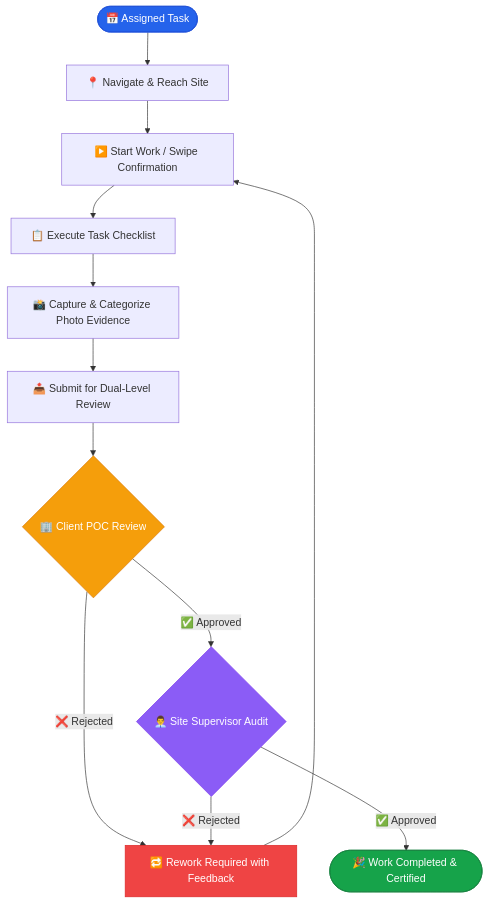
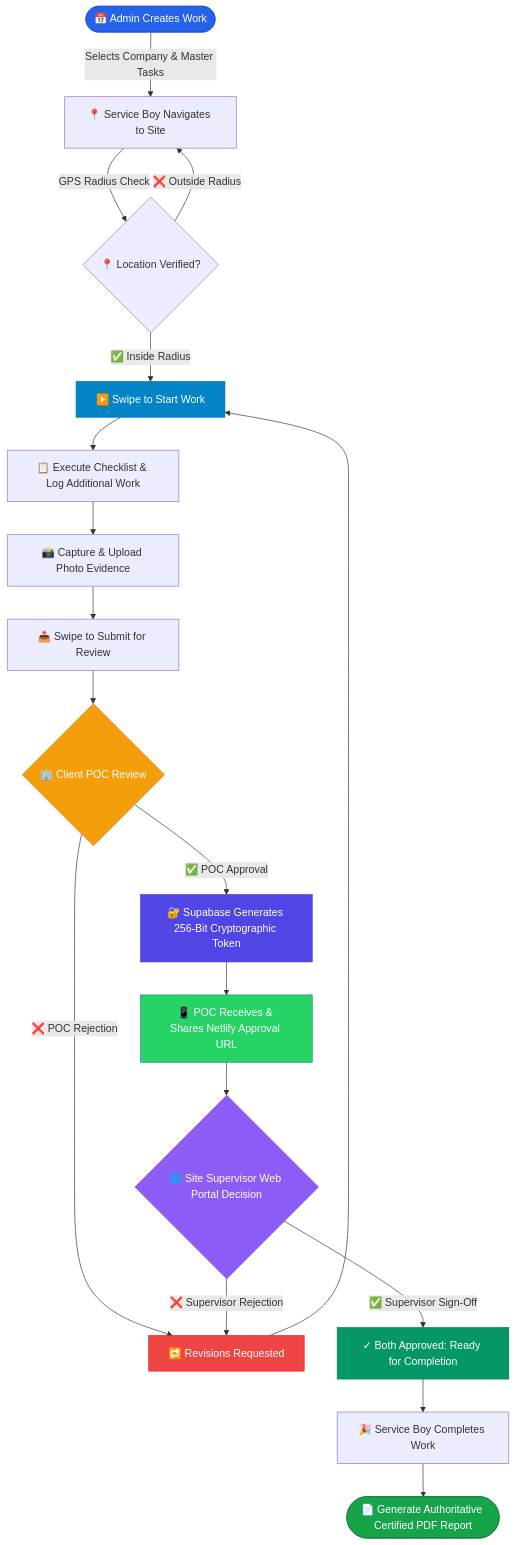
Before and after one commit to Prasad2123/Task-Management-Application: the first of 2 diagrams in README.md, drawn with Mermaid. The commit also changed other lines of this file and 31 other files, not shown here.

Commit message:
feat: complete production workflow, Netlify Supervisor approval, admin sorting, session persistence, and upgraded README

````diff
--- a/README.md
+++ b/README.md
@@ -60,22 +105,34 @@
 ```mermaid
 flowchart TD
-    A([📅 Assigned Task]) --> B[📍 Navigate & Reach Site]
-    B --> C[▶️ Start Work / Swipe Confirmation]
-    C --> D[📋 Execute Task Checklist]
-    D --> E[📸 Capture & Categorize Photo Evidence]
-    E --> F[📤 Submit for Dual-Level Review]
+    A([📅 Admin Creates Work]) -->|Selects Company & Master Tasks| B[📍 Service Boy Navigates to Site]
+    B -->|GPS Radius Check| C{📍 Location Verified?}
+    C -- "❌ Outside Radius" --> B
+    C -- "✅ Inside Radius" --> D[▶️ Swipe to Start Work]
     
-    F --> G{🏢 Client POC Review}
-    G -- "❌ Rejected" --> H[🔁 Rework Required with Feedback]
-    H --> C
-    G -- "✅ Approved" --> I{👨‍💼 Site Supervisor Audit}
+    D --> E[📋 Execute Checklist & Log Additional Work]
+    E --> F[📸 Capture & Upload Photo Evidence]
+    F --> G[📤 Swipe to Submit for Review]
     
-    I -- "❌ Rejected" --> H
-    I -- "✅ Approved" --> J([🎉 Work Completed & Certified])
+    G --> H{🏢 Client POC Review}
+    H -- "❌ POC Rejection" --> I[🔁 Revisions Requested]
+    I --> D
+    H -- "✅ POC Approval" --> J[🔐 Supabase Generates 256-Bit Cryptographic Token]
+    
+    J --> K[📱 POC Receives & Shares Netlify Approval URL]
+    K --> L{🌐 Site Supervisor Web Portal Decision}
+    L -- "❌ Supervisor Rejection" --> I
+    L -- "✅ Supervisor Sign-Off" --> M[✓ Both Approved: Ready for Completion]
+    
+    M --> N[🎉 Service Boy Completes Work]
+    N --> O([📄 Generate Authoritative Certified PDF Report])
 
     style A fill:#2563EB,stroke:#1D4ED8,color:#FFFFFF
-    style J fill:#16A34A,stroke:#15803D,color:#FFFFFF
-    style G fill:#F59E0B,stroke:#D97706,color:#FFFFFF
-    style I fill:#8B5CF6,stroke:#7C3AED,color:#FFFFFF
-    style H fill:#EF4444,stroke:#DC2626,color:#FFFFFF
+    style D fill:#0284C7,stroke:#0369A1,color:#FFFFFF
+    style H fill:#F59E0B,stroke:#D97706,color:#FFFFFF
+    style J fill:#4F46E5,stroke:#4338CA,color:#FFFFFF
+    style K fill:#25D366,stroke:#128C7E,color:#FFFFFF
+    style L fill:#8B5CF6,stroke:#7C3AED,color:#FFFFFF
+    style I fill:#EF4444,stroke:#DC2626,color:#FFFFFF
+    style M fill:#059669,stroke:#047857,color:#FFFFFF
+    style O fill:#16A34A,stroke:#15803D,color:#FFFFFF
 ```
````
